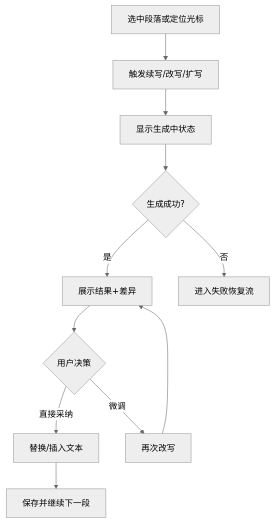
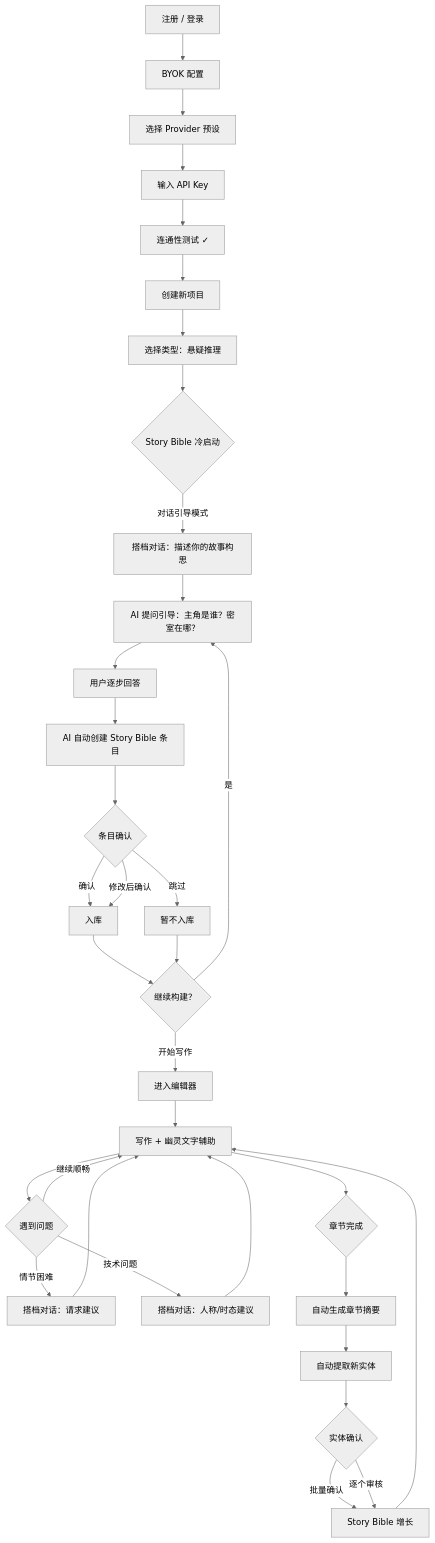
One commit to Elij-0402/writeteam changed the second of 3 diagrams in _bmad-output/planning-artifacts/ux-design-specification.md. Above: the diagram before and after it, drawn with Mermaid (neutral theme). The commit also changed other lines of this file and 10 other files, not shown here.

````diff
--- a/_bmad-output/planning-artifacts/ux-design-specification.md
+++ b/_bmad-output/planning-artifacts/ux-design-specification.md
@@ -423,13 +588,39 @@
 ```mermaid
 flowchart TD
-  A[选中段落或定位光标] --> B[触发续写/改写/扩写]
-  B --> C[显示生成中状态]
-  C --> D{生成成功?}
-  D -- 是 --> E[展示结果+差异]
-  E --> F{用户决策}
-  F -- 直接采纳 --> G[替换/插入文本]
-  F -- 微调 --> H[再次改写]
-  H --> E
-  G --> I[保存并继续下一段]
-  D -- 否 --> J[进入失败恢复流]
+    A[注册 / 登录] --> B[BYOK 配置]
+    B --> B1[选择 Provider 预设]
+    B1 --> B2[输入 API Key]
+    B2 --> B3[连通性测试 ✓]
+    B3 --> C[创建新项目]
+
+    C --> D[选择类型：悬疑推理]
+    D --> E{Story Bible 冷启动}
+    E --> |对话引导模式| F[搭档对话：描述你的故事构思]
+    F --> G[AI 提问引导：主角是谁？密室在哪？]
+    G --> H[用户逐步回答]
+    H --> I[AI 自动创建 Story Bible 条目]
+    I --> J{条目确认}
+    J --> |确认| K[入库]
+    J --> |修改后确认| K
+    J --> |跳过| L[暂不入库]
+    K --> M{继续构建？}
+    L --> M
+    M --> |是| G
+    M --> |开始写作| N[进入编辑器]
+
+    N --> O[写作 + 幽灵文字辅助]
+    O --> P{遇到问题}
+    P --> |情节困难| Q[搭档对话：请求建议]
+    P --> |技术问题| R[搭档对话：人称/时态建议]
+    P --> |继续顺畅| O
+    Q --> O
+    R --> O
+
+    O --> S{章节完成}
+    S --> T[自动生成章节摘要]
+    T --> U[自动提取新实体]
+    U --> V{实体确认}
+    V --> |批量确认| W[Story Bible 增长]
+    V --> |逐个审核| W
+    W --> O
 ```
````
